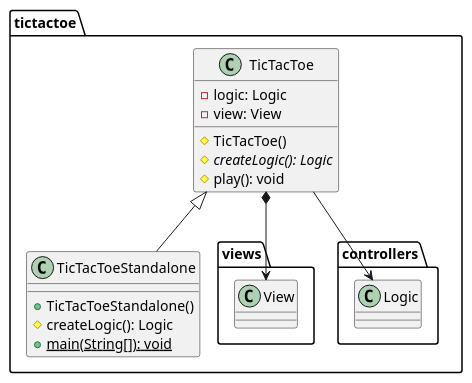
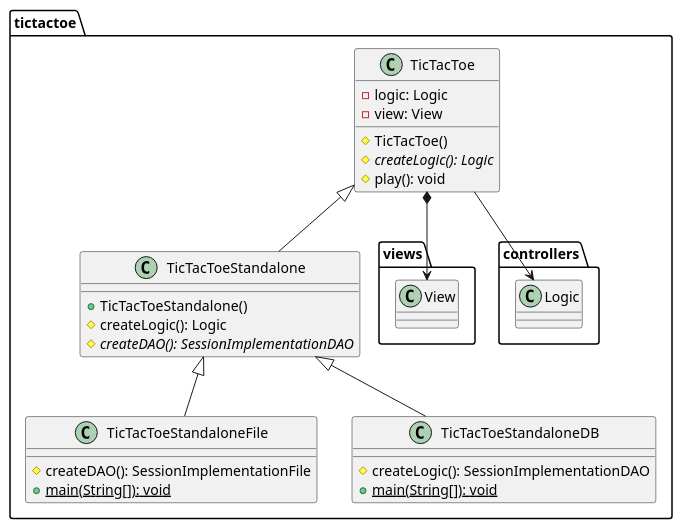
The second of 6 diagrams in docs/src/docs/asciidoc/index.adoc (x-USantaTecla-game-ticTacToe/java), drawn with PlantUML before and after one commit. The commit also changed other lines of this file and 46 other files, not shown here.

Commit message:
Update mvp.pm.withDao version with implementation and docs

```diff
--- a/docs/src/docs/asciidoc/index.adoc
+++ b/docs/src/docs/asciidoc/index.adoc
@@ -110,21 +120,33 @@
 [plantuml,tictactoeVersion12,svg]
 ....
 
 class  tictactoe.TicTacToe{
 - logic: Logic
 - view: View
 # TicTacToe()
 # {abstract} createLogic(): Logic
 # play(): void
 }
 tictactoe.TicTacToe *-down-> tictactoe.views.View
 tictactoe.TicTacToe --> tictactoe.controllers.Logic
 
 class  tictactoe.TicTacToeStandalone{
 + TicTacToeStandalone()
 # createLogic(): Logic
-+ {static} main(String[]): void
+# {abstract} createDAO(): SessionImplementationDAO
 }
 tictactoe.TicTacToe <|-down- tictactoe.TicTacToeStandalone
 
+class  tictactoe.TicTacToeStandaloneFile{
+# createDAO(): SessionImplementationFile
++ {static} main(String[]): void
+}
+tictactoe.TicTacToeStandalone <|-down- tictactoe.TicTacToeStandaloneFile
+
+class  tictactoe.TicTacToeStandaloneDB{
+# createLogic(): SessionImplementationDAO
++ {static} main(String[]): void
+}
+tictactoe.TicTacToeStandalone <|-down- tictactoe.TicTacToeStandaloneDB
+
 ....
```
